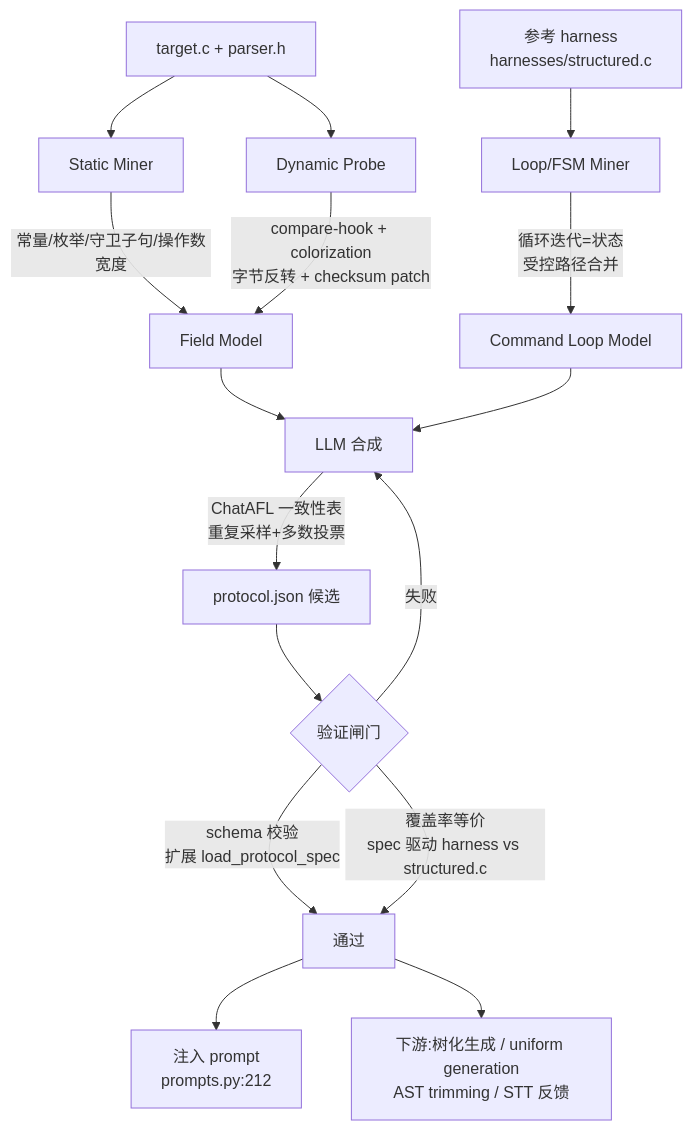
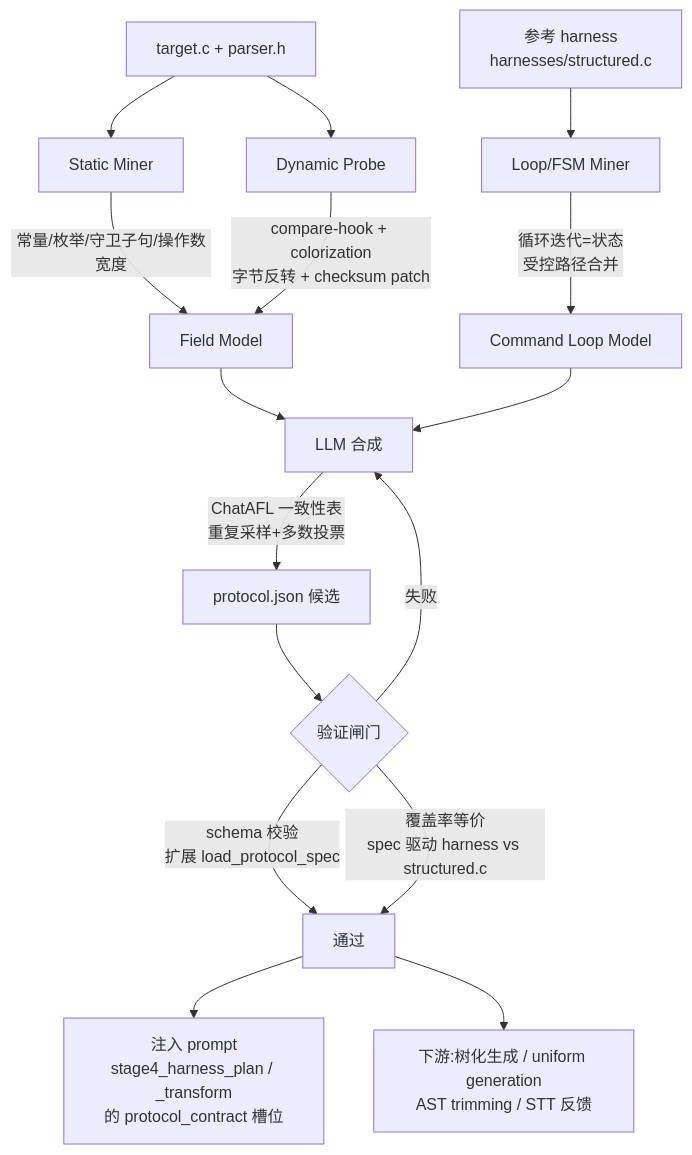
Before and after one commit to Luchutong/harness_generation: the diagram in docs/PROTOCOL_FORMAT_MINING.md, drawn with Mermaid. The commit also changed other lines of this file and 1 other file, not shown here.

````diff
--- a/docs/PROTOCOL_FORMAT_MINING.md
+++ b/docs/PROTOCOL_FORMAT_MINING.md
@@ -414,22 +427,22 @@
 ```mermaid
 flowchart TD
     A[target.c + parser.h] --> B[Static Miner]
     A --> C[Dynamic Probe]
     D[参考 harness<br/>harnesses/structured.c] --> E[Loop/FSM Miner]
 
     B -->|常量/枚举/守卫子句/操作数宽度| F[Field Model]
     C -->|compare-hook + colorization<br/>字节反转 + checksum patch| F
     E -->|循环迭代=状态<br/>受控路径合并| G[Command Loop Model]
 
     F --> H[LLM 合成]
     G --> H
     H -->|ChatAFL 一致性表<br/>重复采样+多数投票| I[protocol.json 候选]
 
     I --> J{验证闸门}
     J -->|schema 校验<br/>扩展 load_protocol_spec| K[通过]
     J -->|覆盖率等价<br/>spec 驱动 harness vs structured.c| K
     J -->|失败| H
 
-    K --> L["注入 prompt<br/>prompts.py:212"]
+    K --> L["注入 prompt<br/>stage4_harness_plan / _transform<br/>的 protocol_contract 槽位"]
     K --> M["下游:树化生成 / uniform generation<br/>AST trimming / STT 反馈"]
 ```
````
